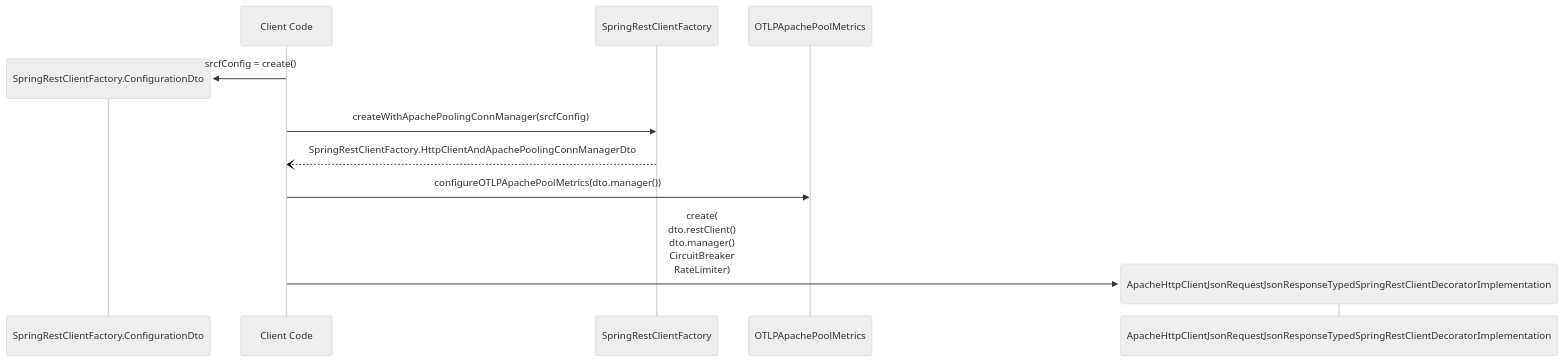
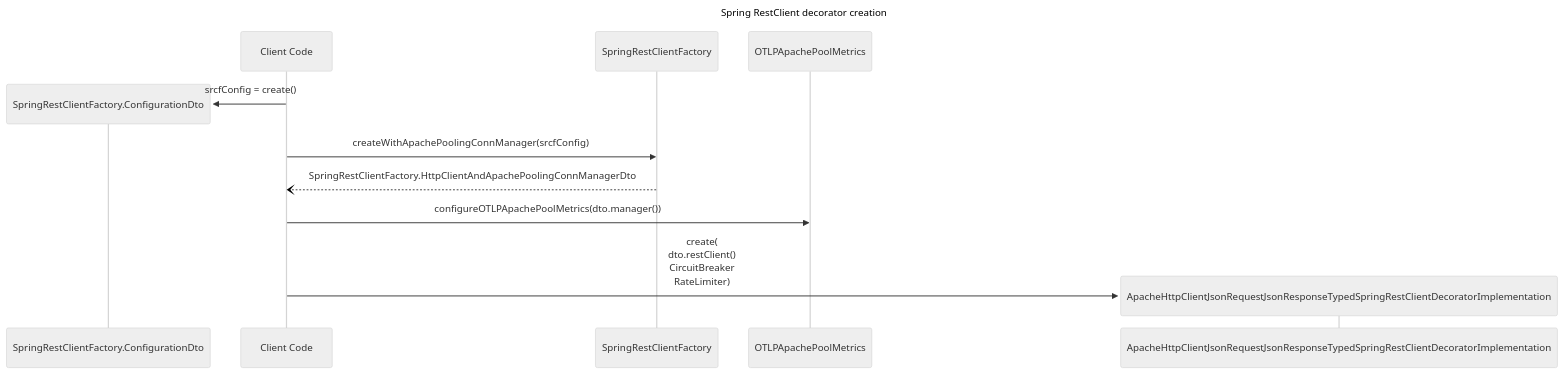
One commit to andres81/web-application-software-components changed the second of 2 diagrams in components/http-client/README.md. Above: the diagram before and after it, drawn with Mermaid (neutral theme). The commit also changed other lines of this file, not shown here.

````diff
--- a/components/http-client/README.md
+++ b/components/http-client/README.md
@@ -44,10 +75,13 @@
 ```mermaid
+---
+title: Spring RestClient decorator creation
+---
 sequenceDiagram
     create participant srcfConfig as SpringRestClientFactory.ConfigurationDto
     Client Code ->> srcfConfig: srcfConfig = create()
     Client Code ->> SpringRestClientFactory: createWithApachePoolingConnManager(srcfConfig)
     SpringRestClientFactory --) Client Code: SpringRestClientFactory.HttpClientAndApachePoolingConnManagerDto
     Client Code ->> OTLPApachePoolMetrics: configureOTLPApachePoolMetrics(dto.manager())
     create participant httpClient as ApacheHttpClientJsonRequestJsonResponseTypedSpringRestClientDecoratorImplementation
-    Client Code ->> httpClient: create(<br>dto.restClient()<br>dto.manager()<br>CircuitBreaker<br>RateLimiter)
+    Client Code ->> httpClient: create(<br>dto.restClient()<br>CircuitBreaker<br>RateLimiter)
 ```
````
